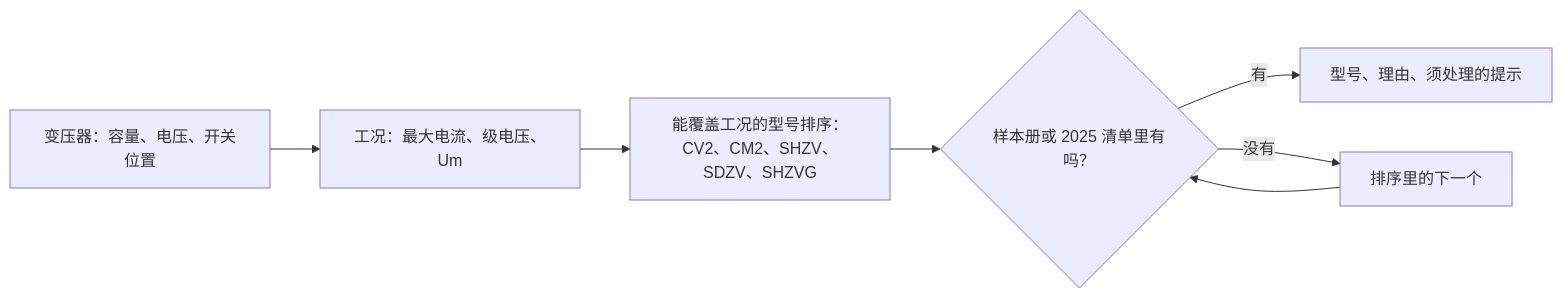
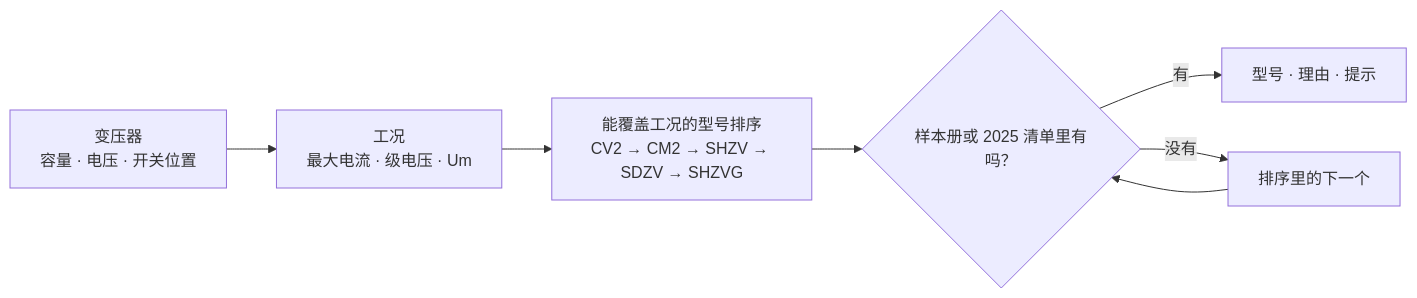
One commit to erict16/oltc-selector changed the diagram in README.zh-CN.md. Above: the diagram before and after it, drawn with Mermaid. The commit also changed other lines of this file and 11 other files, not shown here.

````diff
--- a/README.zh-CN.md
+++ b/README.zh-CN.md
@@ -142,9 +220,9 @@
 ```mermaid
 flowchart LR
-  A["变压器：容量、电压、开关位置"] --> B["工况：最大电流、级电压、Um"]
-  B --> D["能覆盖工况的型号排序：CV2、CM2、SHZV、SDZV、SHZVG"]
-  D --> E{"样本册或 2025 清单里有吗？"}
-  E -- 有 --> F["型号、理由、须处理的提示"]
-  E -- 没有 --> G["排序里的下一个"]
-  G --> E
+  A["变压器<br/>容量 · 电压 · 开关位置"] --> B["工况<br/>最大电流 · 级电压 · Um"]
+  B --> C["能覆盖工况的型号排序<br/>CV2 → CM2 → SHZV → SDZV → SHZVG"]
+  C --> D{"样本册或 2025 清单里有吗？"}
+  D -- 有 --> E["型号 · 理由 · 提示"]
+  D -- 没有 --> F["排序里的下一个"]
+  F --> D
 ```
````
